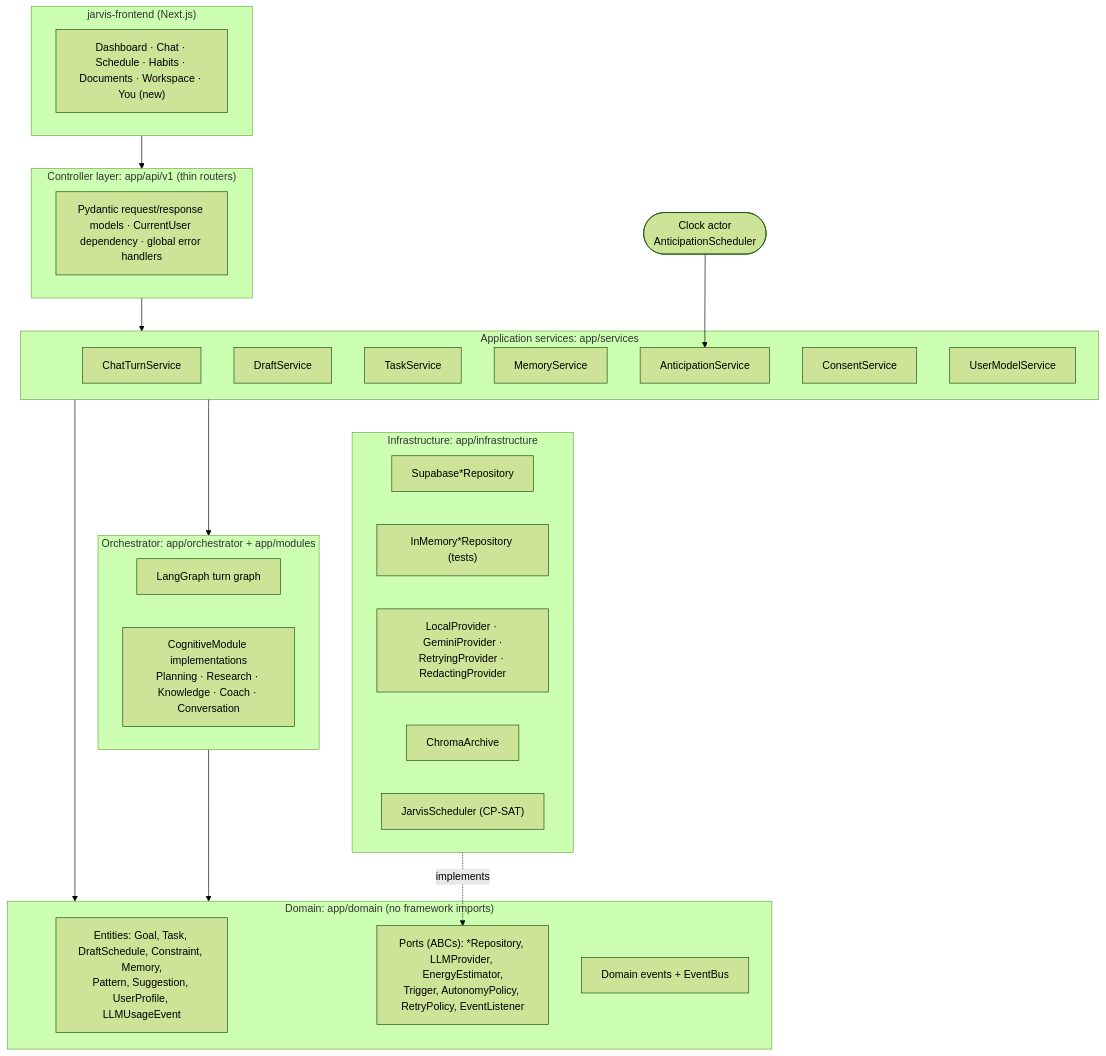
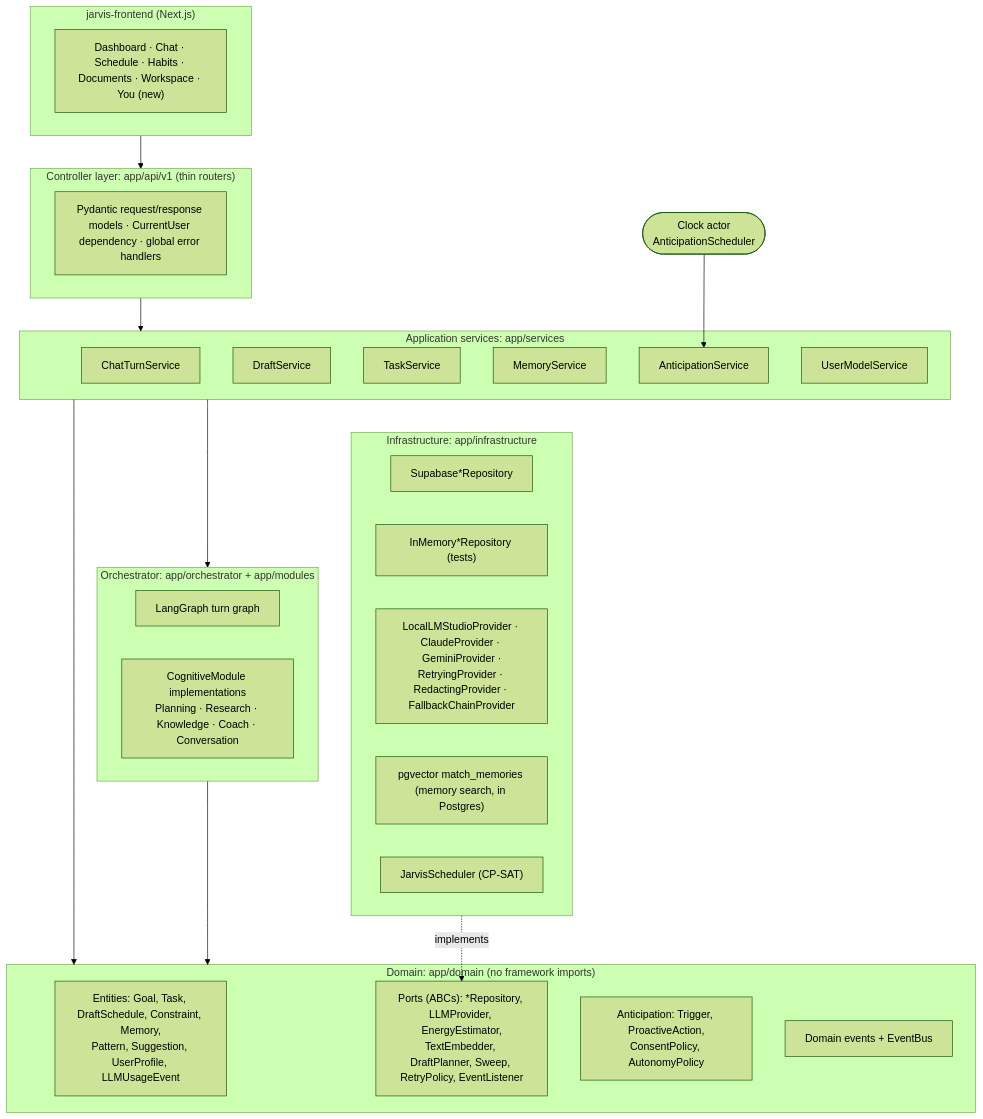
One commit to HackHeroic/Jarvis-Engine changed the first of 2 diagrams in docs/superpowers/specs/2026-11-14-capstone-lld-and-anticipation-design.md. Above: the diagram before and after it, drawn with Mermaid (forest theme). The commit also changed other lines of this file and 8 other files, not shown here.

````diff
--- a/docs/superpowers/specs/2026-11-14-capstone-lld-and-anticipation-design.md
+++ b/docs/superpowers/specs/2026-11-14-capstone-lld-and-anticipation-design.md
@@ -109,40 +110,40 @@
 ```mermaid
 flowchart TB
     subgraph FE["jarvis-frontend (Next.js)"]
         PAGES["Dashboard · Chat · Schedule · Habits · Documents · Workspace · You (new)"]
     end
     subgraph API["Controller layer: app/api/v1 (thin routers)"]
         R["Pydantic request/response models · CurrentUser dependency · global error handlers"]
     end
     subgraph APP["Application services: app/services"]
         CTS["ChatTurnService"]
         DS["DraftService"]
         TS["TaskService"]
         MS["MemoryService"]
         AS["AnticipationService"]
-        CS["ConsentService"]
         UMS["UserModelService"]
     end
     subgraph ORCH["Orchestrator: app/orchestrator + app/modules"]
         G["LangGraph turn graph"]
         MODS["CognitiveModule implementations<br/>Planning · Research · Knowledge · Coach · Conversation"]
     end
     subgraph DOMAIN["Domain: app/domain (no framework imports)"]
         ENT["Entities: Goal, Task, DraftSchedule, Constraint, Memory,<br/>Pattern, Suggestion, UserProfile, LLMUsageEvent"]
-        PORTS["Ports (ABCs): *Repository, LLMProvider, EnergyEstimator,<br/>Trigger, AutonomyPolicy, RetryPolicy, EventListener"]
+        PORTS["Ports (ABCs): *Repository, LLMProvider, EnergyEstimator,<br/>TextEmbedder, DraftPlanner, Sweep, RetryPolicy, EventListener"]
+        ANT["Anticipation: Trigger, ProactiveAction,<br/>ConsentPolicy, AutonomyPolicy"]
         EVT["Domain events + EventBus"]
     end
     subgraph INFRA["Infrastructure: app/infrastructure"]
         SB["Supabase*Repository"]
         MEMR["InMemory*Repository (tests)"]
-        LLM["LocalProvider · GeminiProvider ·<br/>RetryingProvider · RedactingProvider"]
-        CH["ChromaArchive"]
+        LLM["LocalLMStudioProvider · ClaudeProvider · GeminiProvider ·<br/>RetryingProvider · RedactingProvider · FallbackChainProvider"]
+        PGV["pgvector match_memories (memory search, in Postgres)"]
         SOLV["JarvisScheduler (CP-SAT)"]
     end
     FE --> API --> APP
     APP --> ORCH
     APP --> DOMAIN
     ORCH --> DOMAIN
     INFRA -.implements.-> PORTS
     CLOCK(["Clock actor<br/>AnticipationScheduler"]) --> AS
 ```
````
